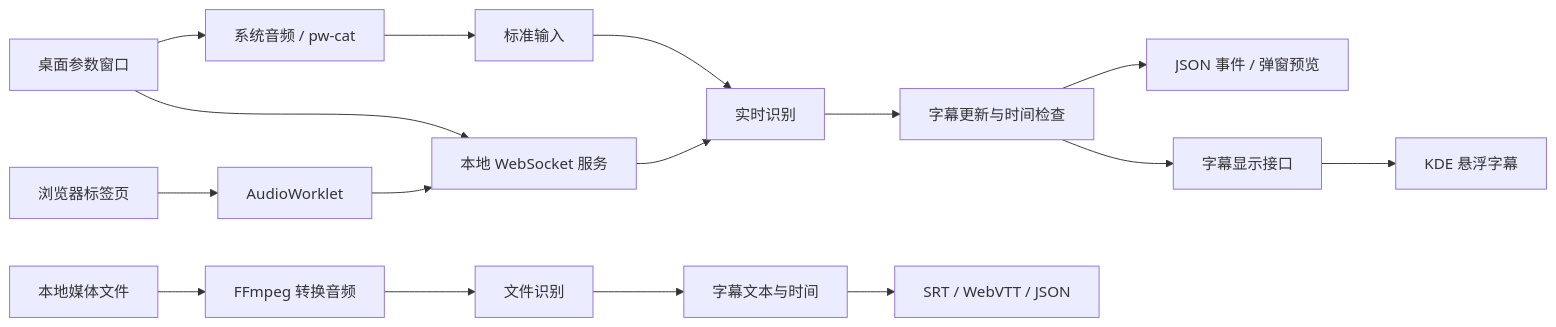
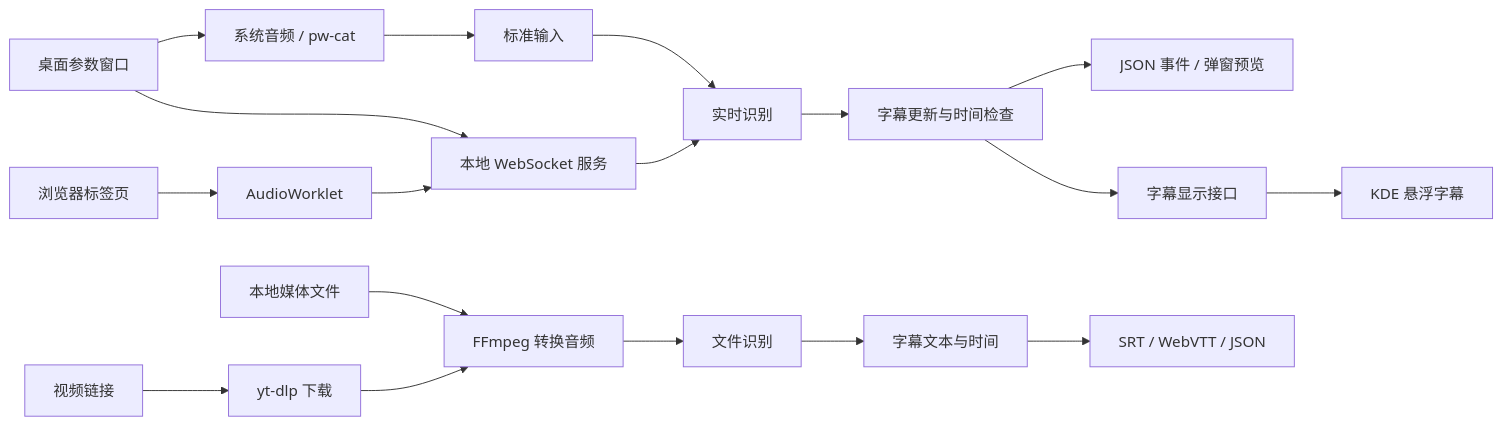
Before and after one commit to AkiraLyu/substream: the diagram in docs/architecture.md, drawn with Mermaid. The commit also changed other lines of this file and 3 other files, not shown here.

````diff
--- a/docs/architecture.md
+++ b/docs/architecture.md
@@ -21,18 +22,20 @@
 ```mermaid
 flowchart LR
     G[桌面参数窗口] --> P[系统音频 / pw-cat]
     G --> N[本地 WebSocket 服务]
     P --> R[标准输入]
     B[浏览器标签页] --> W[AudioWorklet]
     W --> N[本地 WebSocket 服务]
     R --> S[实时识别]
     N --> S
     S --> C[字幕更新与时间检查]
     C --> U[JSON 事件 / 弹窗预览]
     C --> V[字幕显示接口]
     V --> K[KDE 悬浮字幕]
     F[本地媒体文件] --> D[FFmpeg 转换音频]
+    L[视频链接] --> Y[yt-dlp 下载]
+    Y --> D
     D --> O[文件识别]
     O --> T[字幕文本与时间]
     T --> X[SRT / WebVTT / JSON]
 ```
````
